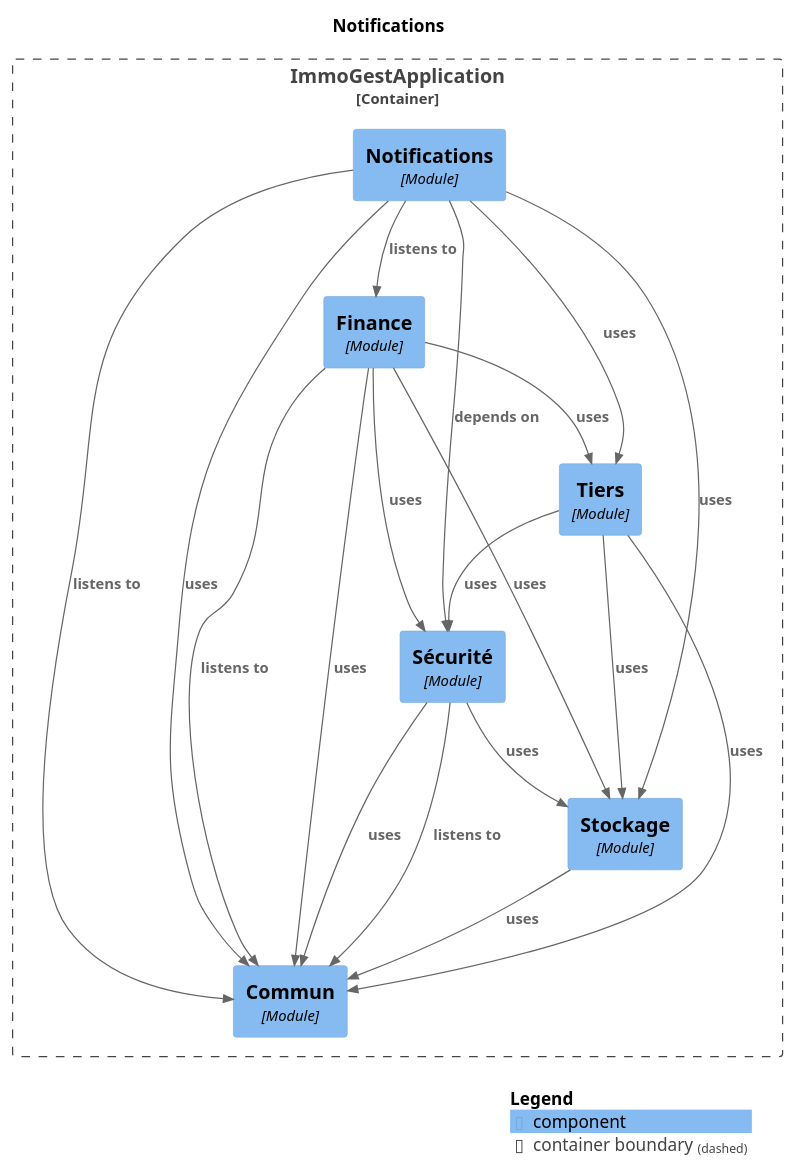
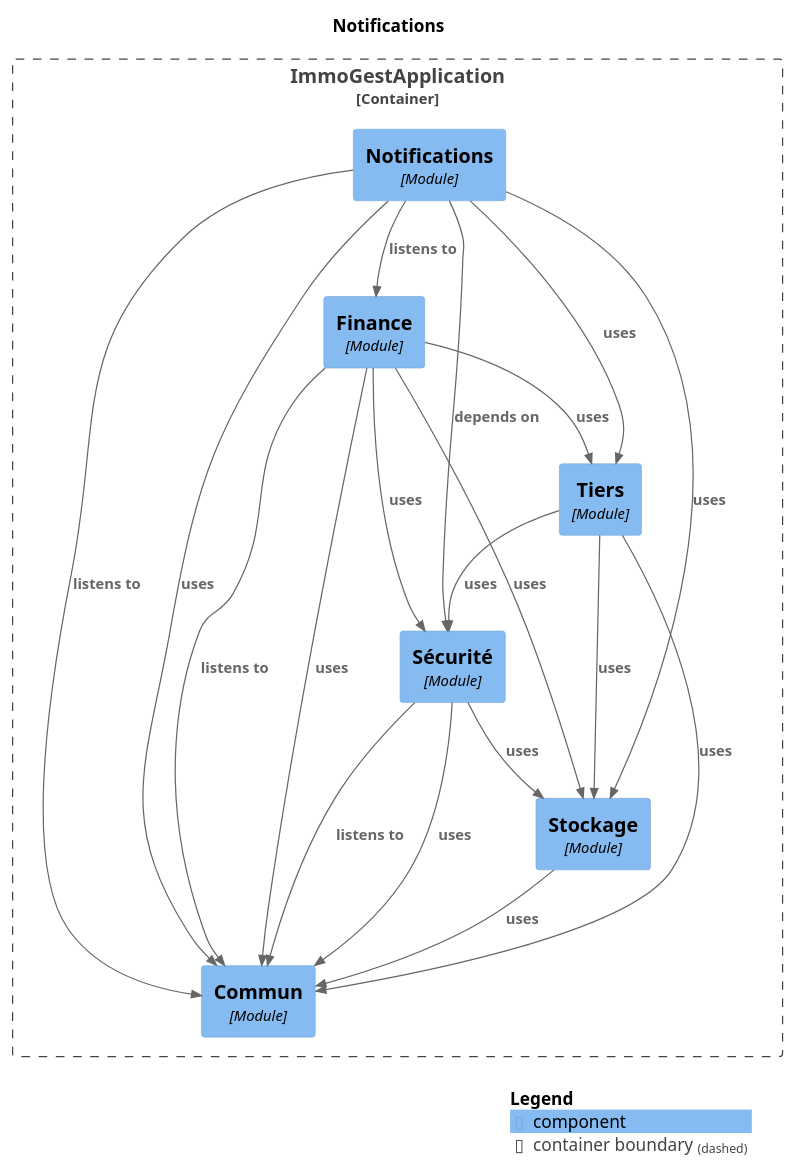
Before and after one commit to fixedevelloper/csimmo: the diagram in docs/modules/module-notification.puml, drawn with PlantUML. The commit also changed other lines of this file and 34 other files, not shown here.

```diff
--- a/docs/modules/module-notification.puml
+++ b/docs/modules/module-notification.puml
@@ -1,40 +1,40 @@
 @startuml
 set separator none
 title Notifications
 
 top to bottom direction
 
 !include <C4/C4>
 !include <C4/C4_Context>
 !include <C4/C4_Component>
 
 Container_Boundary("ImmoGestApplication.ImmoGestApplication_boundary", "ImmoGestApplication", $tags="") {
   Component(ImmoGestApplication.ImmoGestApplication.Finance, "Finance", $techn="Module", $descr="", $tags="", $link="")
   Component(ImmoGestApplication.ImmoGestApplication.Notifications, "Notifications", $techn="Module", $descr="", $tags="", $link="")
   Component(ImmoGestApplication.ImmoGestApplication.Commun, "Commun", $techn="Module", $descr="", $tags="", $link="")
   Component(ImmoGestApplication.ImmoGestApplication.Stockage, "Stockage", $techn="Module", $descr="", $tags="", $link="")
   Component(ImmoGestApplication.ImmoGestApplication.Sécurité, "Sécurité", $techn="Module", $descr="", $tags="", $link="")
   Component(ImmoGestApplication.ImmoGestApplication.Tiers, "Tiers", $techn="Module", $descr="", $tags="", $link="")
 }
 
-Rel(ImmoGestApplication.ImmoGestApplication.Sécurité, ImmoGestApplication.ImmoGestApplication.Commun, "uses", $techn="", $tags="", $link="")
-Rel(ImmoGestApplication.ImmoGestApplication.Sécurité, ImmoGestApplication.ImmoGestApplication.Stockage, "uses", $techn="", $tags="", $link="")
 Rel(ImmoGestApplication.ImmoGestApplication.Stockage, ImmoGestApplication.ImmoGestApplication.Commun, "uses", $techn="", $tags="", $link="")
-Rel(ImmoGestApplication.ImmoGestApplication.Tiers, ImmoGestApplication.ImmoGestApplication.Stockage, "uses", $techn="", $tags="", $link="")
-Rel(ImmoGestApplication.ImmoGestApplication.Tiers, ImmoGestApplication.ImmoGestApplication.Commun, "uses", $techn="", $tags="", $link="")
-Rel(ImmoGestApplication.ImmoGestApplication.Tiers, ImmoGestApplication.ImmoGestApplication.Sécurité, "uses", $techn="", $tags="", $link="")
 Rel(ImmoGestApplication.ImmoGestApplication.Notifications, ImmoGestApplication.ImmoGestApplication.Commun, "listens to", $techn="", $tags="", $link="")
 Rel(ImmoGestApplication.ImmoGestApplication.Notifications, ImmoGestApplication.ImmoGestApplication.Finance, "listens to", $techn="", $tags="", $link="")
 Rel(ImmoGestApplication.ImmoGestApplication.Notifications, ImmoGestApplication.ImmoGestApplication.Sécurité, "depends on", $techn="", $tags="", $link="")
 Rel(ImmoGestApplication.ImmoGestApplication.Notifications, ImmoGestApplication.ImmoGestApplication.Stockage, "uses", $techn="", $tags="", $link="")
 Rel(ImmoGestApplication.ImmoGestApplication.Notifications, ImmoGestApplication.ImmoGestApplication.Tiers, "uses", $techn="", $tags="", $link="")
 Rel(ImmoGestApplication.ImmoGestApplication.Notifications, ImmoGestApplication.ImmoGestApplication.Commun, "uses", $techn="", $tags="", $link="")
 Rel(ImmoGestApplication.ImmoGestApplication.Finance, ImmoGestApplication.ImmoGestApplication.Commun, "listens to", $techn="", $tags="", $link="")
 Rel(ImmoGestApplication.ImmoGestApplication.Finance, ImmoGestApplication.ImmoGestApplication.Commun, "uses", $techn="", $tags="", $link="")
 Rel(ImmoGestApplication.ImmoGestApplication.Finance, ImmoGestApplication.ImmoGestApplication.Tiers, "uses", $techn="", $tags="", $link="")
 Rel(ImmoGestApplication.ImmoGestApplication.Finance, ImmoGestApplication.ImmoGestApplication.Stockage, "uses", $techn="", $tags="", $link="")
 Rel(ImmoGestApplication.ImmoGestApplication.Finance, ImmoGestApplication.ImmoGestApplication.Sécurité, "uses", $techn="", $tags="", $link="")
+Rel(ImmoGestApplication.ImmoGestApplication.Tiers, ImmoGestApplication.ImmoGestApplication.Stockage, "uses", $techn="", $tags="", $link="")
+Rel(ImmoGestApplication.ImmoGestApplication.Tiers, ImmoGestApplication.ImmoGestApplication.Commun, "uses", $techn="", $tags="", $link="")
+Rel(ImmoGestApplication.ImmoGestApplication.Tiers, ImmoGestApplication.ImmoGestApplication.Sécurité, "uses", $techn="", $tags="", $link="")
 Rel(ImmoGestApplication.ImmoGestApplication.Sécurité, ImmoGestApplication.ImmoGestApplication.Commun, "listens to", $techn="", $tags="", $link="")
+Rel(ImmoGestApplication.ImmoGestApplication.Sécurité, ImmoGestApplication.ImmoGestApplication.Commun, "uses", $techn="", $tags="", $link="")
+Rel(ImmoGestApplication.ImmoGestApplication.Sécurité, ImmoGestApplication.ImmoGestApplication.Stockage, "uses", $techn="", $tags="", $link="")
 
 SHOW_LEGEND(true)
 @enduml
```
